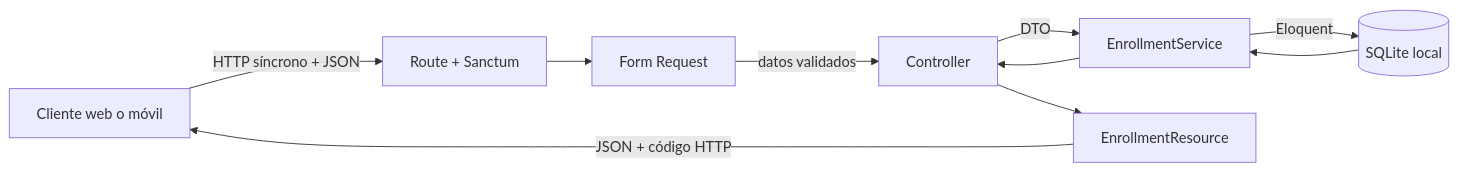
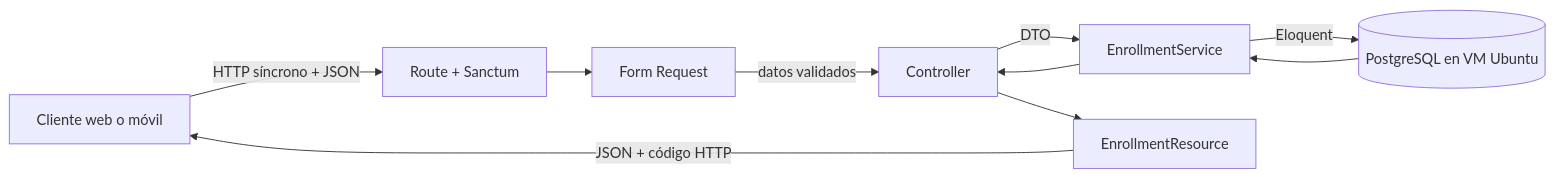
One commit to CarlosJChileS/Integracion-e-implementacion-de-software changed the first of 2 diagrams in 2.2/docs/CONTRATO_JSON.md. Above: the diagram before and after it, drawn with Mermaid. The commit also changed other lines of this file and 3 other files, not shown here.

Commit message:
Document Ubuntu PostgreSQL VM integration

````diff
--- a/2.2/docs/CONTRATO_JSON.md
+++ b/2.2/docs/CONTRATO_JSON.md
@@ -88,12 +88,12 @@
 ```mermaid
 flowchart LR
     C[Cliente web o móvil] -->|HTTP síncrono + JSON| R[Route + Sanctum]
     R --> V[Form Request]
     V -->|datos validados| CT[Controller]
     CT -->|DTO| S[EnrollmentService]
-    S -->|Eloquent| DB[(SQLite local)]
+    S -->|Eloquent| DB[(PostgreSQL en VM Ubuntu)]
     DB --> S
     S --> CT
     CT --> RS[EnrollmentResource]
     RS -->|JSON + código HTTP| C
 ```
````
